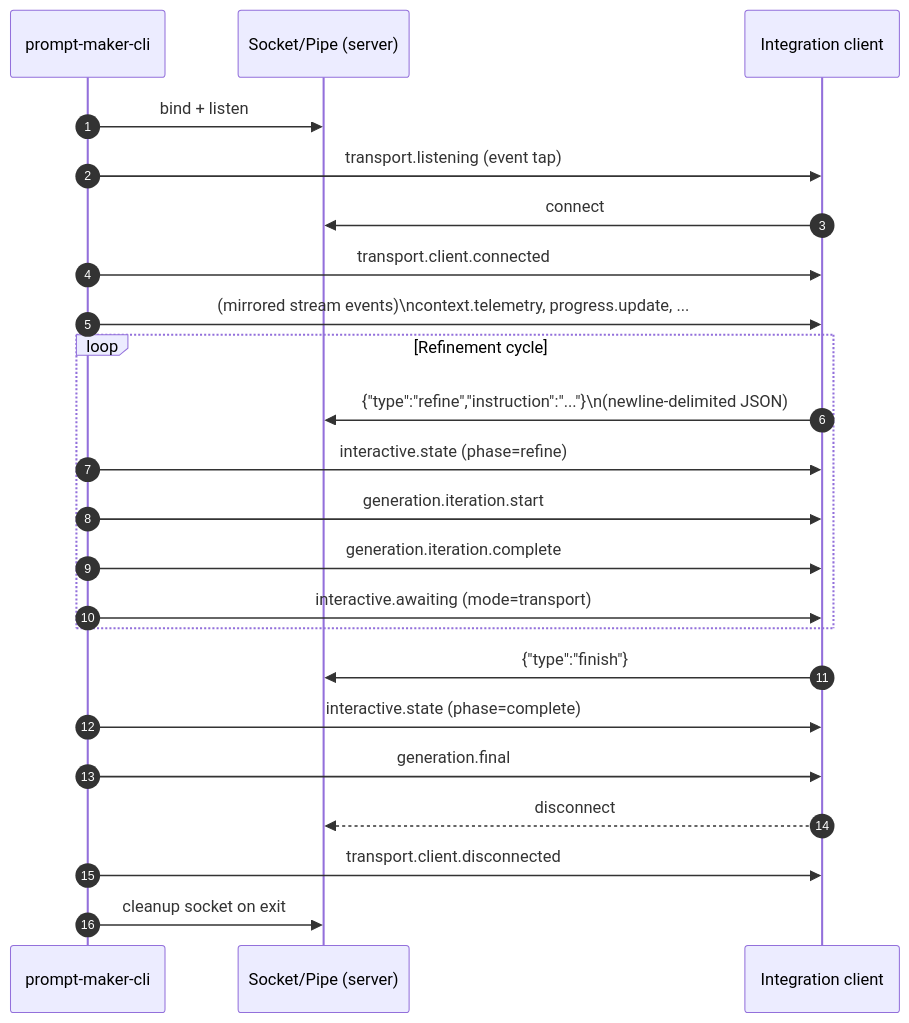
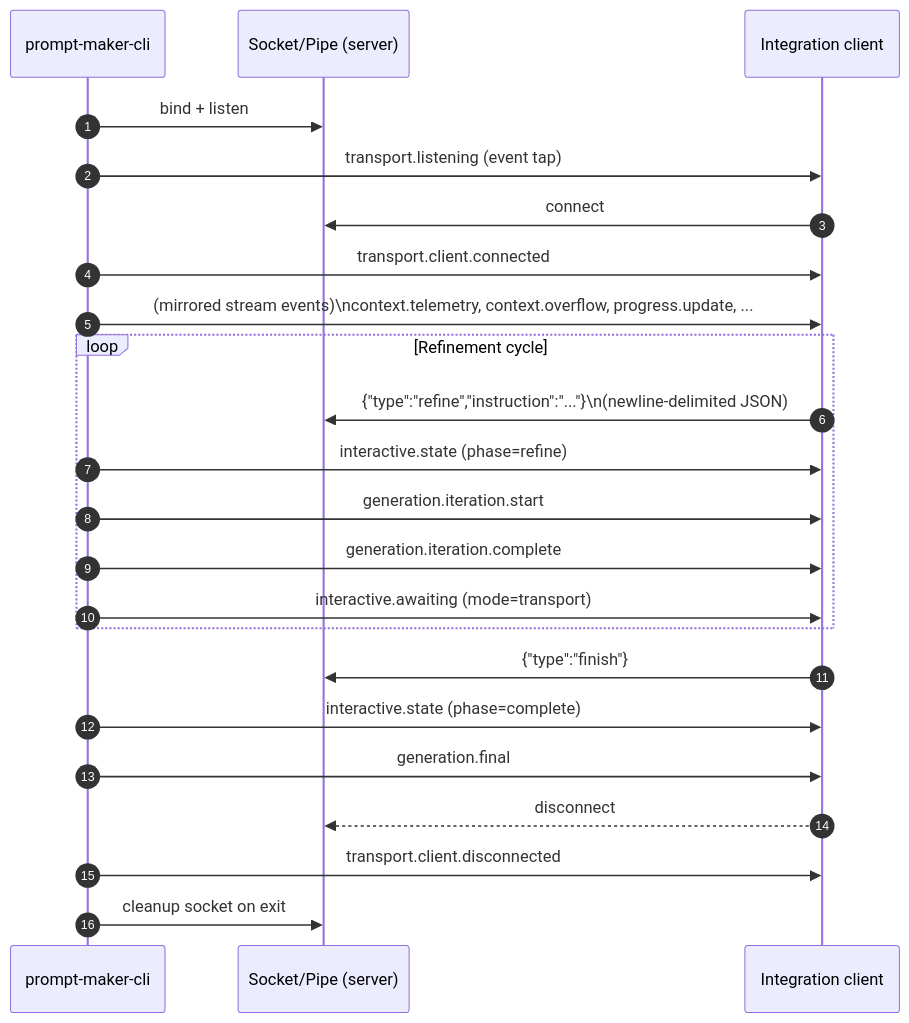
Diagram 11 of 14 in README.md (edward-r/prompt-maker), drawn with Mermaid before and after one commit. The commit also changed other lines of this file and 8 other files, not shown here.

````diff
--- a/README.md
+++ b/README.md
@@ -846,31 +862,31 @@
 ```mermaid
 sequenceDiagram
   autonumber
   participant CLI as prompt-maker-cli
   participant Sock as Socket/Pipe (server)
   participant Client as Integration client
 
   CLI->>Sock: bind + listen
   CLI->>Client: transport.listening (event tap)
 
   Client->>Sock: connect
   CLI->>Client: transport.client.connected
 
-  CLI->>Client: (mirrored stream events)\ncontext.telemetry, progress.update, ...
+  CLI->>Client: (mirrored stream events)\ncontext.telemetry, context.overflow, progress.update, ...
 
   loop Refinement cycle
     Client->>Sock: {"type":"refine","instruction":"..."}\n(newline-delimited JSON)
     CLI->>Client: interactive.state (phase=refine)
     CLI->>Client: generation.iteration.start
     CLI->>Client: generation.iteration.complete
     CLI->>Client: interactive.awaiting (mode=transport)
   end
 
   Client->>Sock: {"type":"finish"}
   CLI->>Client: interactive.state (phase=complete)
   CLI->>Client: generation.final
 
   Client-->>Sock: disconnect
   CLI->>Client: transport.client.disconnected
   CLI->>Sock: cleanup socket on exit
 ```
````
